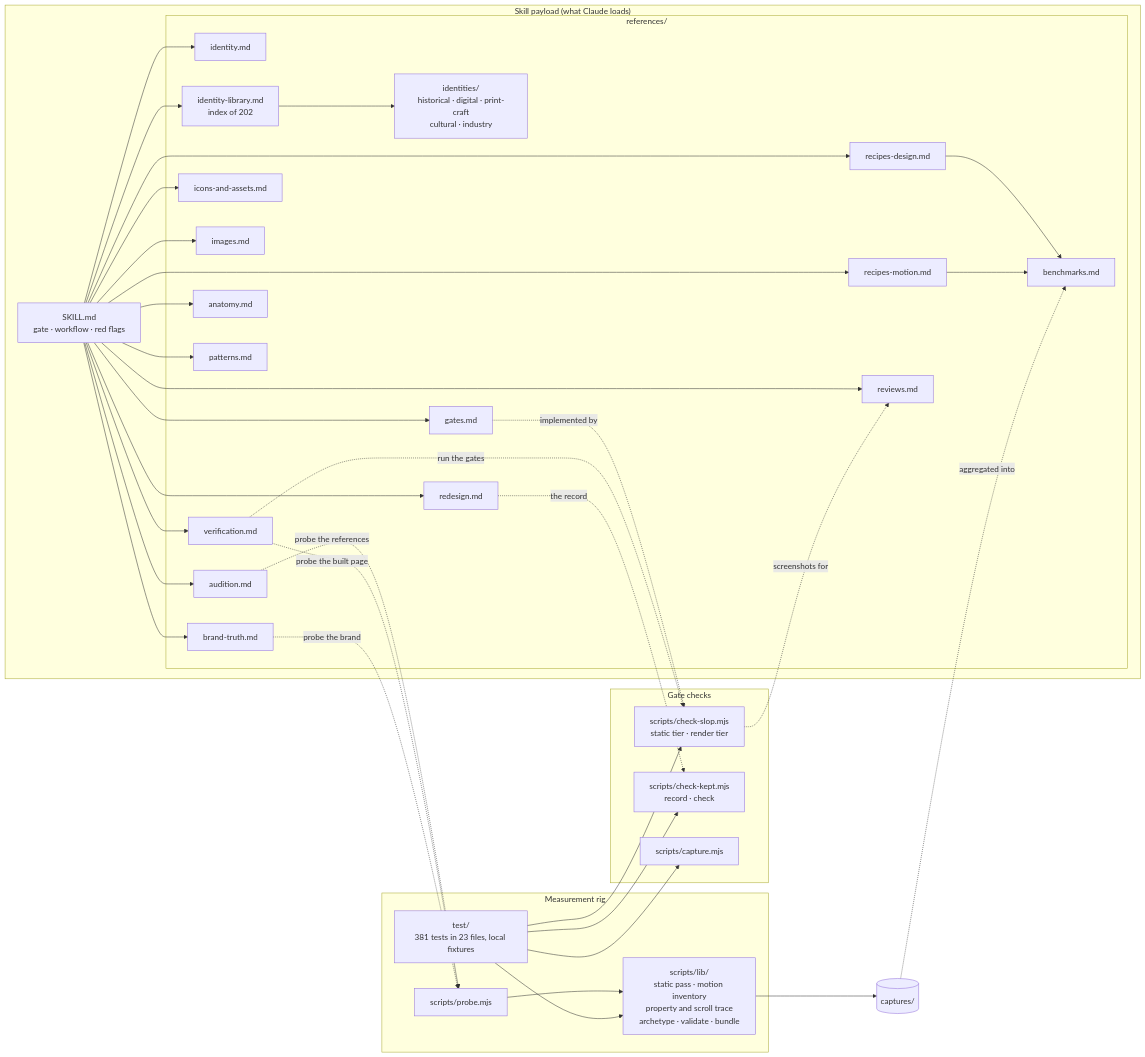
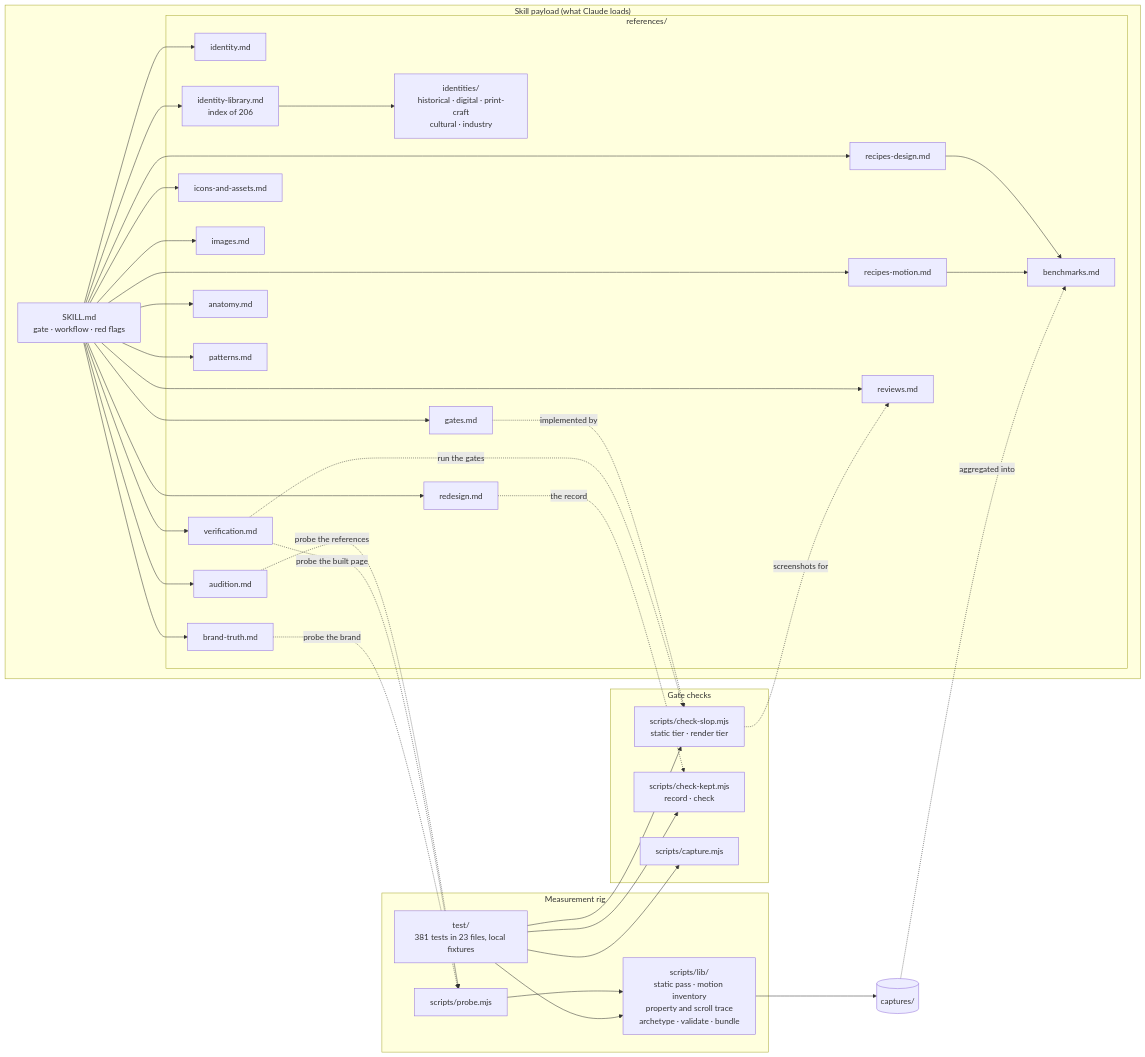
Before and after one commit to jounimn/df-design: the second of 2 diagrams in README.md, drawn with Mermaid. The commit also changed 5 other files, not shown here.

````diff
--- a/README.md
+++ b/README.md
@@ -179,48 +179,48 @@
 ```mermaid
 flowchart LR
     subgraph Skill["Skill payload (what Claude loads)"]
         SK["SKILL.md<br/>gate · workflow · red flags"]
         subgraph Refs["references/"]
             ID["identity.md"]
             AUD["audition.md"]
-            LIB["identity-library.md<br/>index of 202"]
+            LIB["identity-library.md<br/>index of 206"]
             FAM["identities/<br/>historical · digital · print-craft<br/>cultural · industry"]
             RD["recipes-design.md"]
             RM["recipes-motion.md"]
             IC["icons-and-assets.md"]
             IMG["images.md"]
             VER["verification.md"]
             BEN["benchmarks.md"]
             ANA["anatomy.md"]
             GAT["gates.md"]
             PAT["patterns.md"]
             REV["reviews.md"]
             RED["redesign.md"]
             BRT["brand-truth.md"]
         end
     end
     subgraph Rig["Measurement rig"]
         PRB["scripts/probe.mjs"]
         LIBS["scripts/lib/<br/>static pass · motion inventory<br/>property and scroll trace<br/>archetype · validate · bundle"]
         TST["test/<br/>381 tests in 23 files, local fixtures"]
     end
     subgraph Gates["Gate checks"]
         CSL["scripts/check-slop.mjs<br/>static tier · render tier"]
         CKP["scripts/check-kept.mjs<br/>record · check"]
         CPT["scripts/capture.mjs"]
     end
     SK --> ID & AUD & LIB & RD & RM & IC & IMG & VER & ANA & GAT & PAT & REV & RED & BRT
     LIB --> FAM
     RD & RM --> BEN
     PRB --> LIBS
     LIBS --> CAP[("captures/")]
     CAP -. "aggregated into" .-> BEN
     AUD -. "probe the references" .-> PRB
     VER -. "probe the built page" .-> PRB
     GAT -. "implemented by" .-> CSL
     VER -. "run the gates" .-> CSL
     RED -. "the record" .-> CKP
     BRT -. "probe the brand" .-> PRB
     CSL -. "screenshots for" .-> REV
     TST --> LIBS & CSL & CKP & CPT
 ```
````
